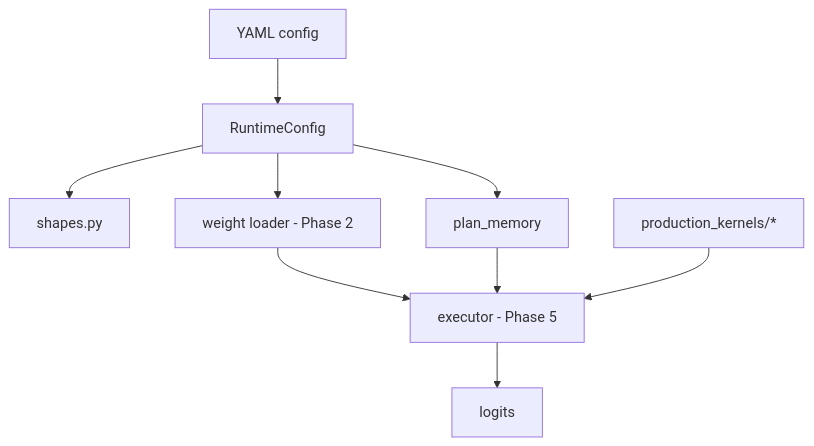
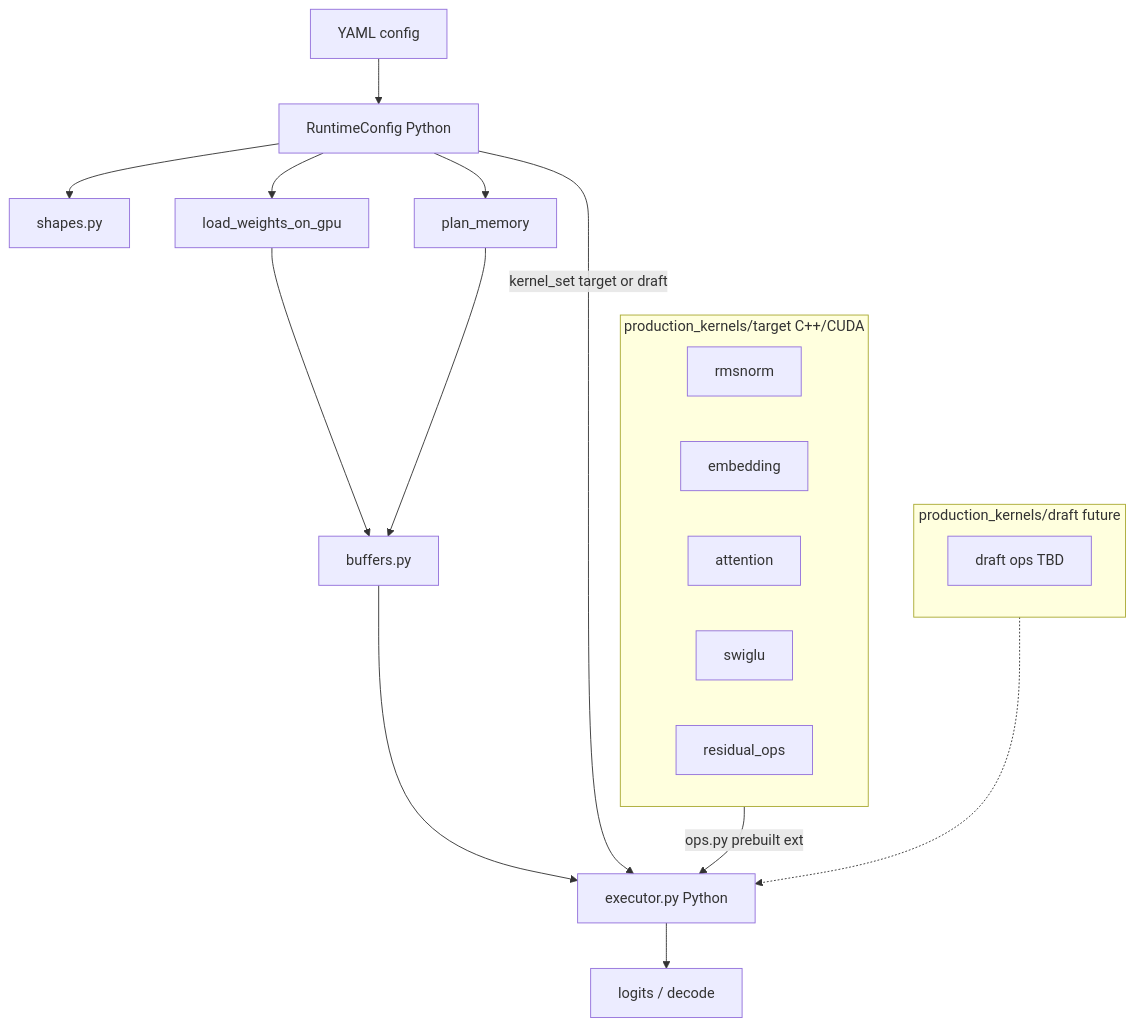
The diagram in runtime/plan.md (tmoser12/cme213-final-project), drawn with Mermaid before and after one commit. The commit also changed other lines of this file and 55 other files, not shown here.

Commit message:
7b forward pass no graph

````diff
--- a/runtime/plan.md
+++ b/runtime/plan.md
@@ -87,11 +67,24 @@
 ```mermaid
 flowchart TD
-    yaml[YAML config] --> cfg[RuntimeConfig]
+    yaml[YAML config] --> cfg[RuntimeConfig Python]
     cfg --> shapes[shapes.py]
     cfg --> mem[plan_memory]
-    cfg --> loader[weight loader - Phase 2]
-    loader --> exec[executor - Phase 5]
-    mem --> exec
-    kernels[production_kernels/*] --> exec
-    exec --> logits[logits]
+    cfg --> weights[load_weights_on_gpu]
+    weights --> buffers[buffers.py]
+    mem --> buffers
+    buffers --> exec[executor.py Python]
+    cfg -->|kernel_set target or draft| exec
+    subgraph targetOps [production_kernels/target C++/CUDA]
+        rmsnorm[rmsnorm]
+        embed[embedding]
+        attn[attention]
+        swiglu[swiglu]
+        residual[residual_ops]
+    end
+    subgraph draftOps [production_kernels/draft future]
+        draftPlaceholder[draft ops TBD]
+    end
+    targetOps -->|"ops.py prebuilt ext"| exec
+    draftOps -.-> exec
+    exec --> logits[logits / decode]
 ```
````
